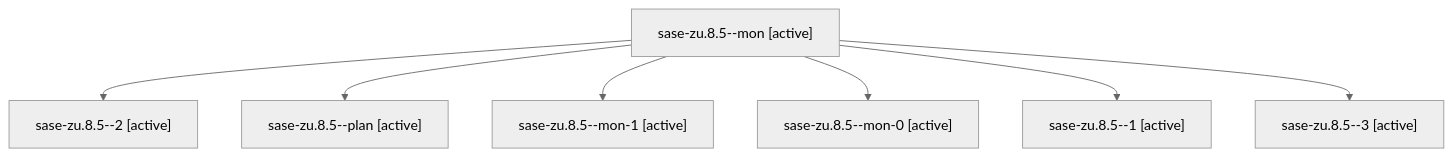
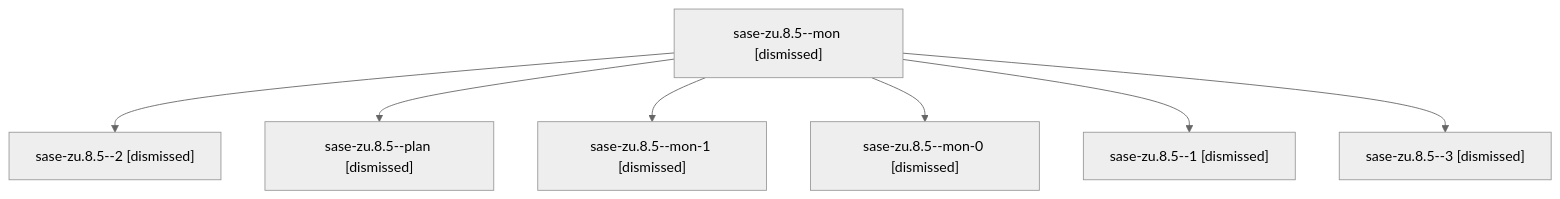
Before and after one commit to sase-org/sase--agents: the diagram in sessions/bbugyi200.athena.sase-zu.8.5.md, drawn with Mermaid (neutral theme). The commit also changed other lines of this file and 209 other files, not shown here.

````diff
--- a/sessions/bbugyi200.athena.sase-zu.8.5.md
+++ b/sessions/bbugyi200.athena.sase-zu.8.5.md
@@ -9,16 +9,16 @@
 ```mermaid
 flowchart TD
-  n0["sase-zu.8.5--mon [active]"]
-  n1["sase-zu.8.5--2 [active]"]
+  n0["sase-zu.8.5--mon [dismissed]"]
+  n1["sase-zu.8.5--2 [dismissed]"]
   n0 --> n1
-  n2["sase-zu.8.5--plan [active]"]
+  n2["sase-zu.8.5--plan [dismissed]"]
   n0 --> n2
-  n3["sase-zu.8.5--mon-1 [active]"]
+  n3["sase-zu.8.5--mon-1 [dismissed]"]
   n0 --> n3
-  n4["sase-zu.8.5--mon-0 [active]"]
+  n4["sase-zu.8.5--mon-0 [dismissed]"]
   n0 --> n4
-  n5["sase-zu.8.5--1 [active]"]
+  n5["sase-zu.8.5--1 [dismissed]"]
   n0 --> n5
-  n6["sase-zu.8.5--3 [active]"]
+  n6["sase-zu.8.5--3 [dismissed]"]
   n0 --> n6
 ```
````
